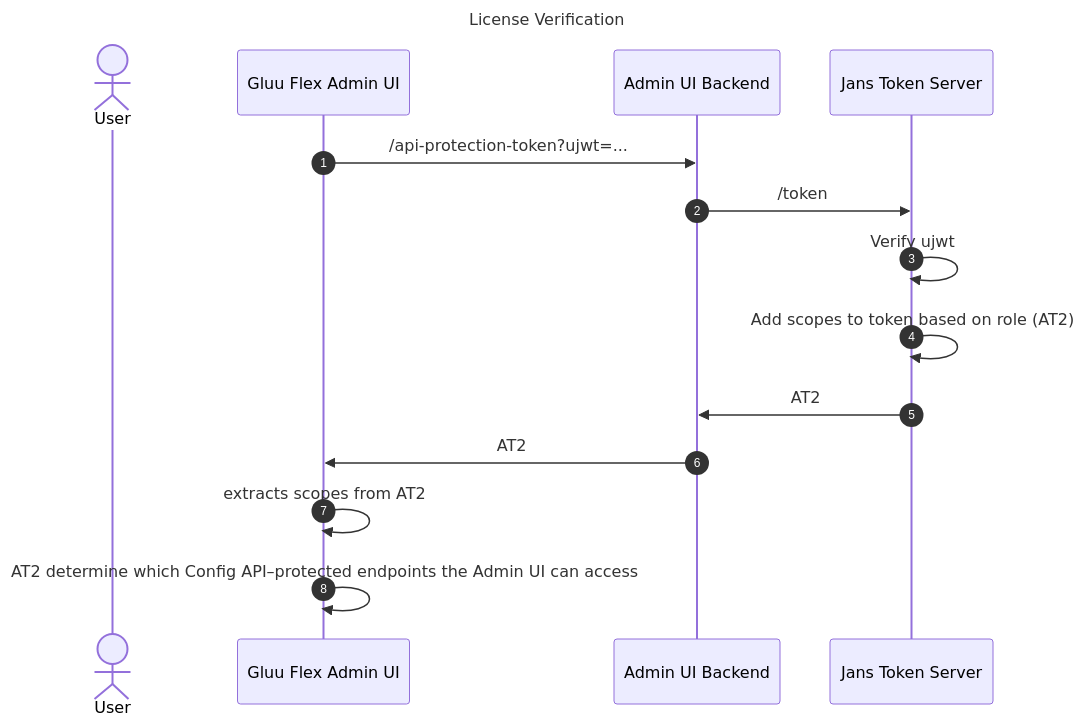
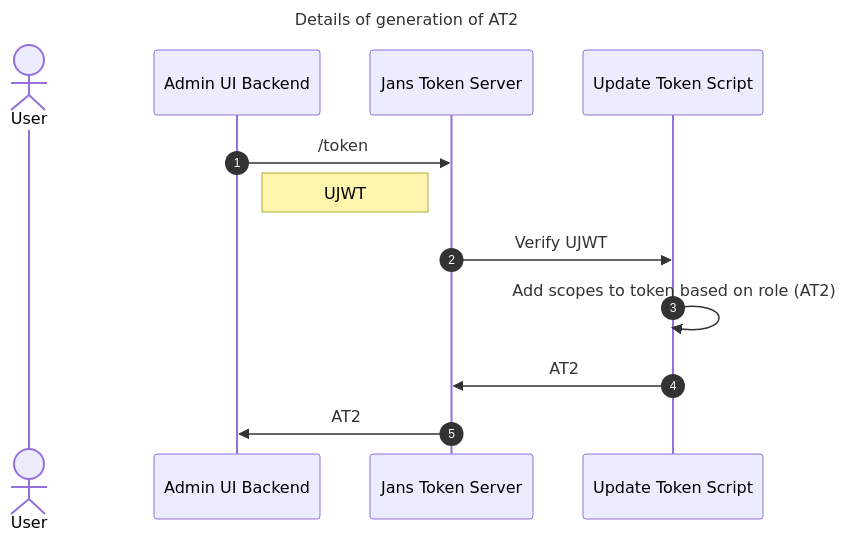
One commit to GluuFederation/flex changed the fourth of 4 diagrams in docs/admin/admin-ui/auth-server-interaction.md. Above: the diagram before and after it, drawn with Mermaid. The commit also changed other lines of this file, not shown here.

First line of the commit message:
docs(admin-ui): update Accessing Config API section of docs (#2608)

````diff
--- a/docs/admin/admin-ui/auth-server-interaction.md
+++ b/docs/admin/admin-ui/auth-server-interaction.md
@@ -105,16 +149,18 @@
 ```mermaid
 
 sequenceDiagram
-title License Verification
+title Details of generation of AT2
 autonumber
 actor User
+participant Backend as Admin UI Backend
+participant JansServer as Jans Token Server
+participant Script as Update Token Script
 
-Gluu Flex Admin UI->>Admin UI Backend: /api-protection-token?ujwt=...
-Admin UI Backend->>Jans Token Server: /token
-Jans Token Server->>Jans Token Server: Verify ujwt
-Jans Token Server->>Jans Token Server: Add scopes to token based on role (AT2)
-Jans Token Server->>Admin UI Backend: AT2
-Admin UI Backend->>Gluu Flex Admin UI: AT2
-Gluu Flex Admin UI->>Gluu Flex Admin UI:extracts scopes from AT2
-Gluu Flex Admin UI->>Gluu Flex Admin UI: AT2 determine which Config API–protected endpoints the Admin UI can access
+Backend->>JansServer: /token
+Note right of Backend: UJWT
+JansServer->>Script: Verify UJWT
+Script->>Script: Add scopes to token based on role (AT2)
+Script->>JansServer: AT2
+JansServer->>Backend: AT2
+
 ```
````
